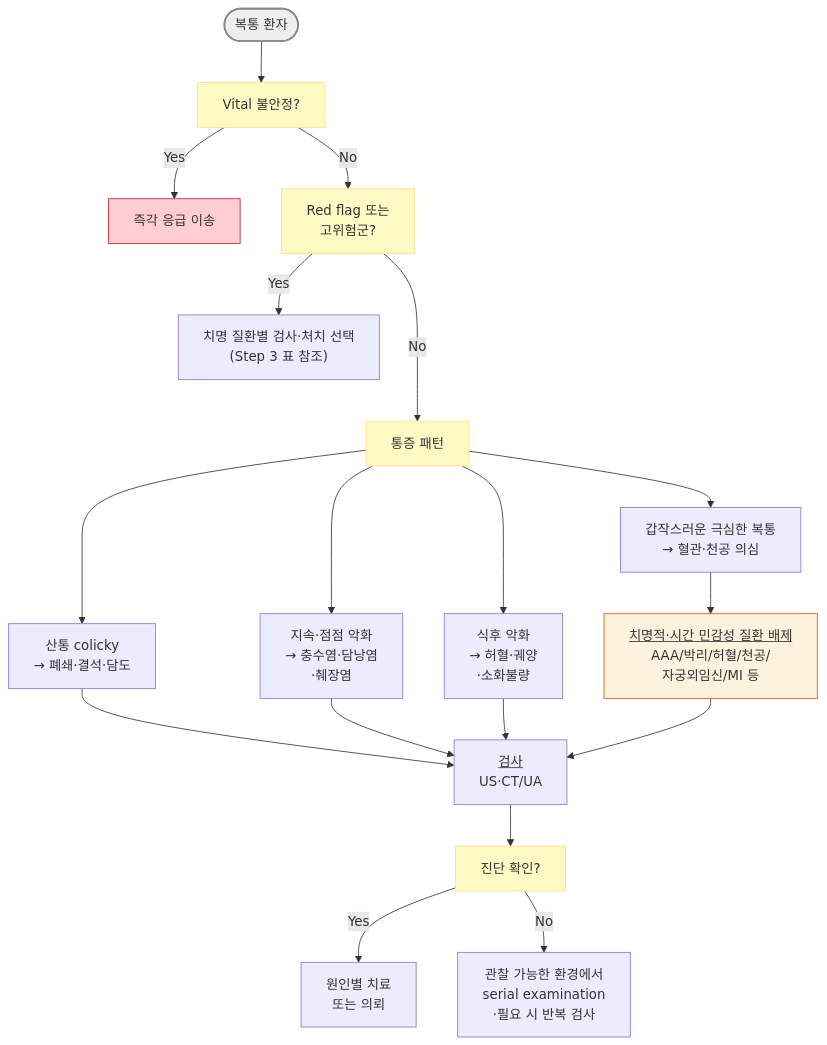
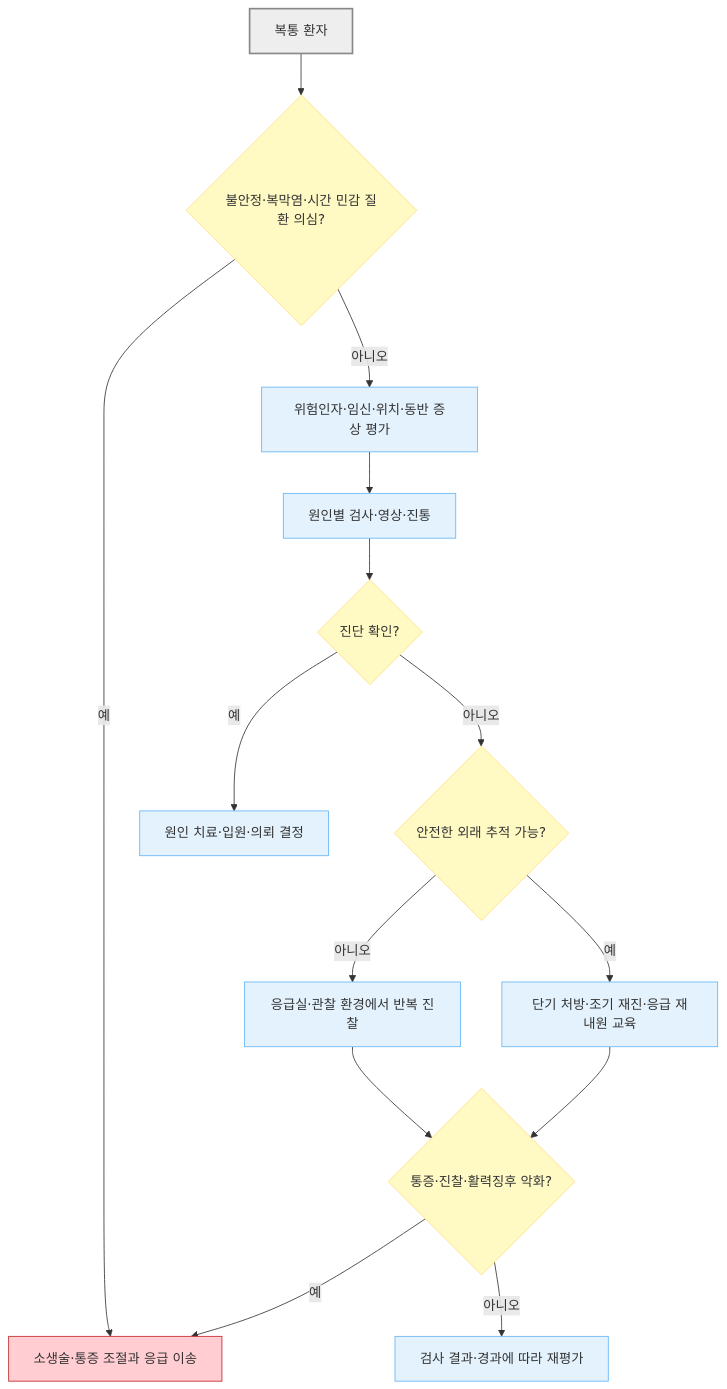
One commit to familyoh77/familyoh77 changed the third of 3 diagrams in 220_/003_-abdominal-pain.md. Above: the diagram before and after it, drawn with Mermaid. The commit also changed other lines of this file and 13 other files, not shown here.

````diff
--- a/220_/003_-abdominal-pain.md
+++ b/220_/003_-abdominal-pain.md
@@ -377,28 +387,23 @@
 ```mermaid
 flowchart TD
-    A([복통 환자]) --> B["Vital 불안정?"]
-    B -- Yes --> C[즉각 응급 이송]
-    B -- No --> D["Red flag 또는 <br>고위험군?"]
-    D -- Yes --> E["치명 질환별 검사·처치 선택<br>(Step 3 표 참조)"]
-    D -- No ---> F["통증 패턴"]
-    F --> G["갑작스러운 극심한 복통<br>→ 혈관·천공 의심"]
-    F --> H["산통 colicky <br>→ 폐쇄·결석·담도"]
-    F --> I["지속·점점 악화 <br>→ 충수염·담낭염<br>·췌장염"]
-    F --> J["식후 악화 <br>→ 허혈·궤양<br>·소화불량"]
-    G --> K["<u>치명적·시간 민감성 질환 배제</u> <br>AAA/박리/허혈/천공/<br>자궁외임신/MI 등"]
-    H --> L["<u>검사</u> <br>US·CT/UA"]
-    I --> L
-    J --> L
-    K --> L
-    L --> M["진단 확인?"]
-    M -- Yes --> N["원인별 치료 <br>또는 의뢰"]
-    M -- No --> O["관찰 가능한 환경에서<br>serial examination<br>·필요 시 반복 검사"]
+    A["복통 환자"] --> B{"불안정·복막염·시간 민감 질환 의심?"}
+    B -- "예" --> C["소생술·통증 조절과 응급 이송"]
+    B -- "아니오" --> D["위험인자·임신·위치·동반 증상 평가"]
+    D --> E["원인별 검사·영상·진통"]
+    E --> F{"진단 확인?"}
+    F -- "예" --> G["원인 치료·입원·의뢰 결정"]
+    F -- "아니오" --> H{"안전한 외래 추적 가능?"}
+    H -- "아니오" --> I["응급실·관찰 환경에서 반복 진찰"]
+    H -- "예" --> J["단기 처방·조기 재진·응급 재내원 교육"]
+    I --> K{"통증·진찰·활력징후 악화?"}
+    J --> K
+    K -- "예" --> C
+    K -- "아니오" --> L["검사 결과·경과에 따라 재평가"]
     classDef red fill:#ffcdd2,stroke:#c62828
+    classDef question fill:#fff9c4,stroke:#ffe082
+    classDef treatment fill:#e3f2fd,stroke:#64b5f6
     class C red
-    classDef orangeBox fill:#fff3e0,stroke:#e65100
-    class K orangeBox
-    classDef yellow fill:#fff9c4,stroke:#ffe082
-    class B,D,F,M yellow
-
+    class B,F,H,K question
+    class D,E,G,I,J,L treatment
     style A fill:#eeeeee,stroke:#888888,stroke-width:2px
 ```
````
